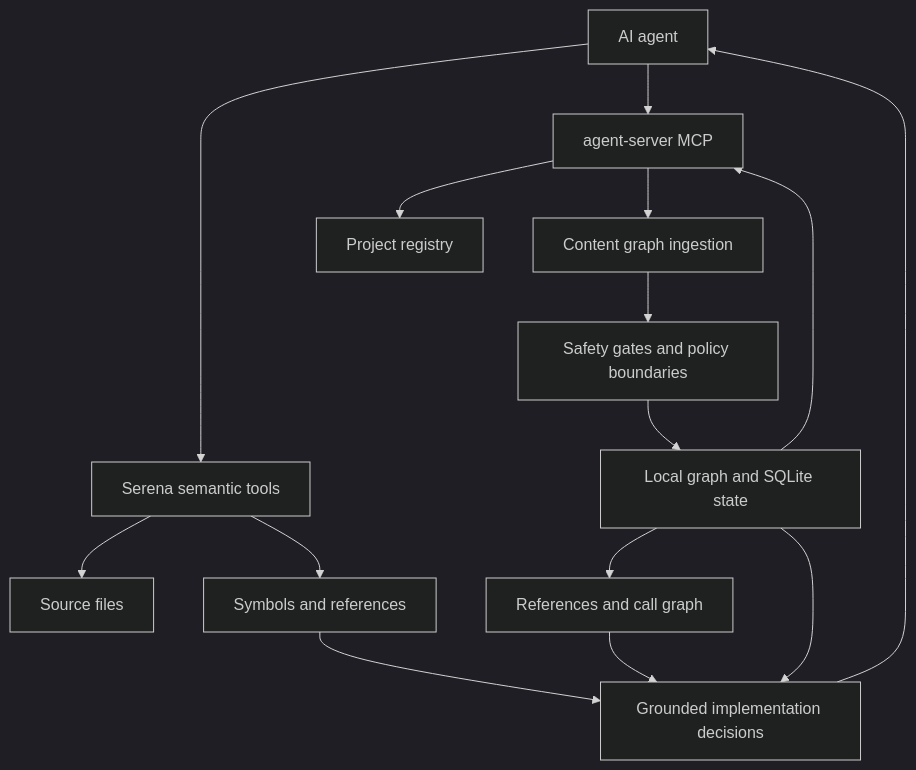
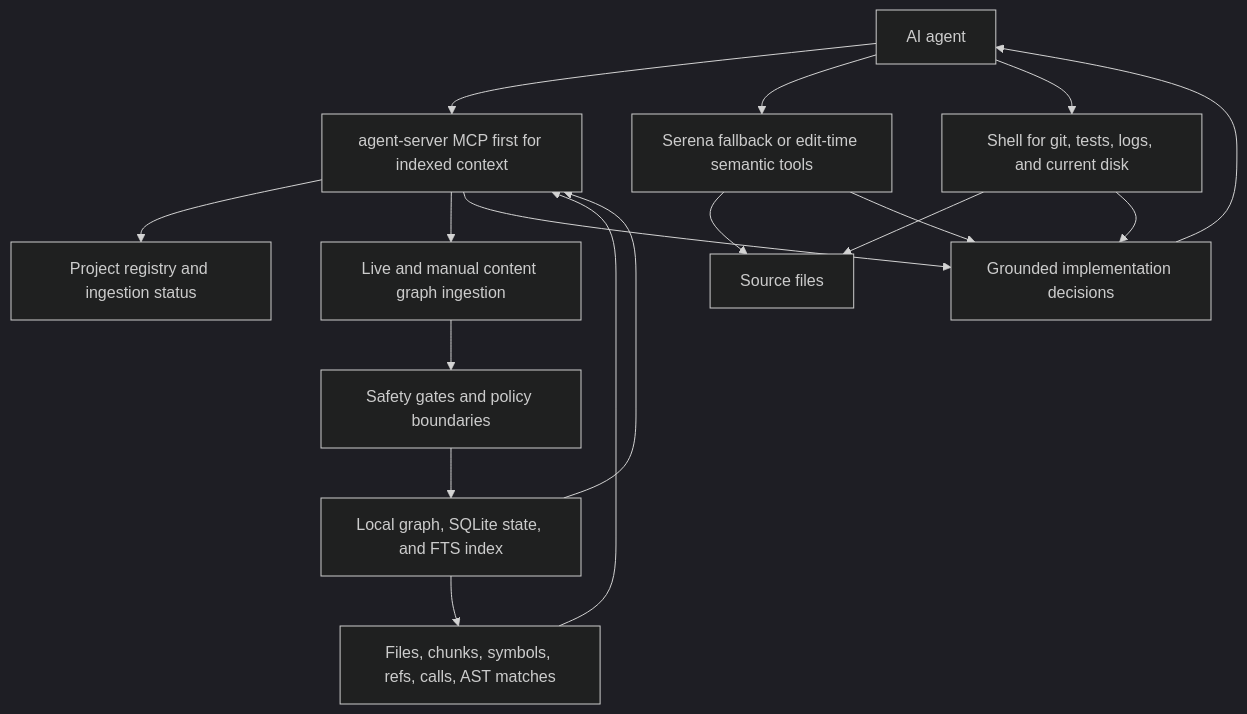
One commit to MiviaLabs/go-mivia changed the third of 4 diagrams in README.md. Above: the diagram before and after it, drawn with Mermaid (dark theme). The commit also changed other lines of this file and 8 other files, not shown here.

Commit message:
docs(projects): refresh indexed context guidance

````diff
--- a/README.md
+++ b/README.md
@@ -128,30 +136,31 @@
 ```mermaid
 flowchart TB
   Agent["AI agent"]
-  Serena["Serena semantic tools"]
-  MCP["agent-server MCP"]
+  MCP["agent-server MCP first for indexed context"]
+  Serena["Serena fallback or edit-time semantic tools"]
+  Shell["Shell for git, tests, logs, and current disk"]
   Source["Source files"]
-  Symbols["Symbols and references"]
-  Registry["Project registry"]
-  Ingestion["Content graph ingestion"]
-  Calls["References and call graph"]
-  Store["Local graph and SQLite state"]
+  Indexed["Files, chunks, symbols, refs, calls, AST matches"]
+  Registry["Project registry and ingestion status"]
+  Ingestion["Live and manual content graph ingestion"]
+  Store["Local graph, SQLite state, and FTS index"]
   Guardrails["Safety gates and policy boundaries"]
-
-  Agent --> Serena
-  Serena --> Source
-  Serena --> Symbols
 
   Agent --> MCP
   MCP --> Registry
   MCP --> Ingestion
   Ingestion --> Guardrails
   Guardrails --> Store
-  Store --> Calls
+  Store --> Indexed
+  Indexed --> MCP
   Store --> MCP
+  Agent --> Serena
+  Serena --> Source
+  Agent --> Shell
+  Shell --> Source
 
-  Symbols --> Decision["Grounded implementation decisions"]
-  Calls --> Decision
-  Store --> Decision
+  MCP --> Decision["Grounded implementation decisions"]
+  Serena --> Decision
+  Shell --> Decision
   Decision --> Agent
 ```
````
